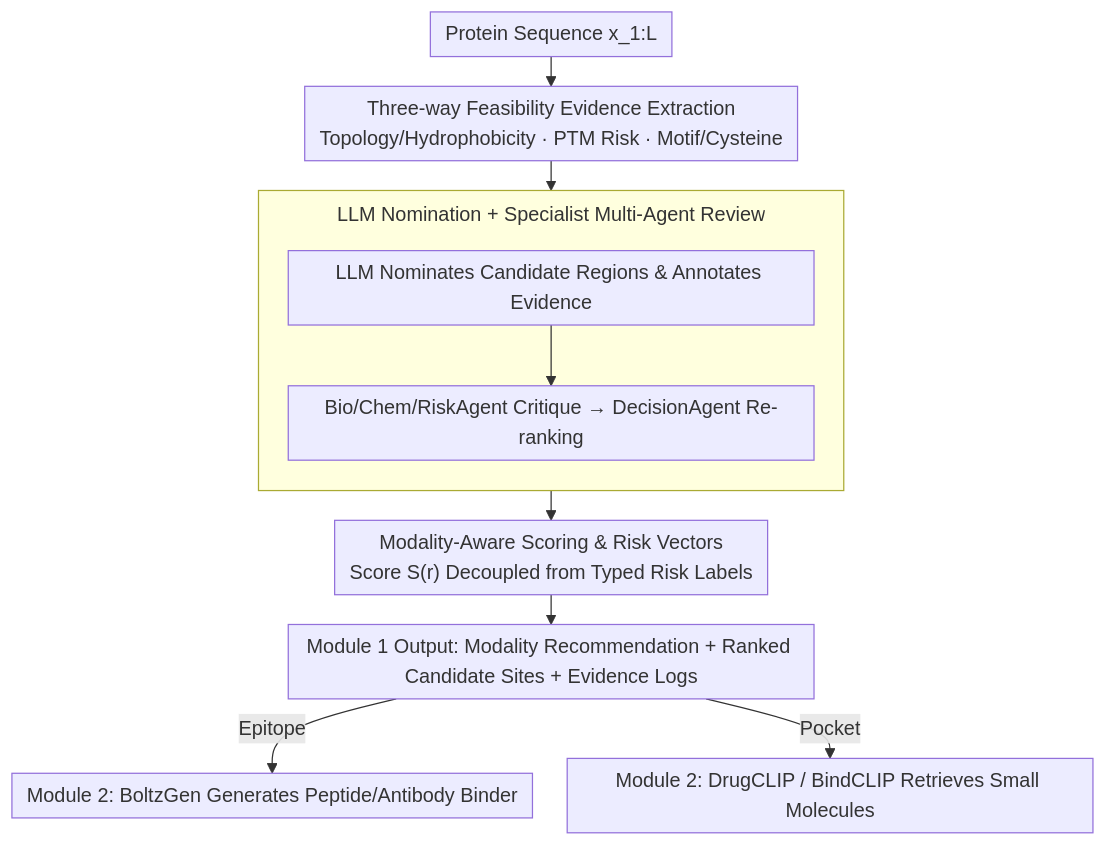
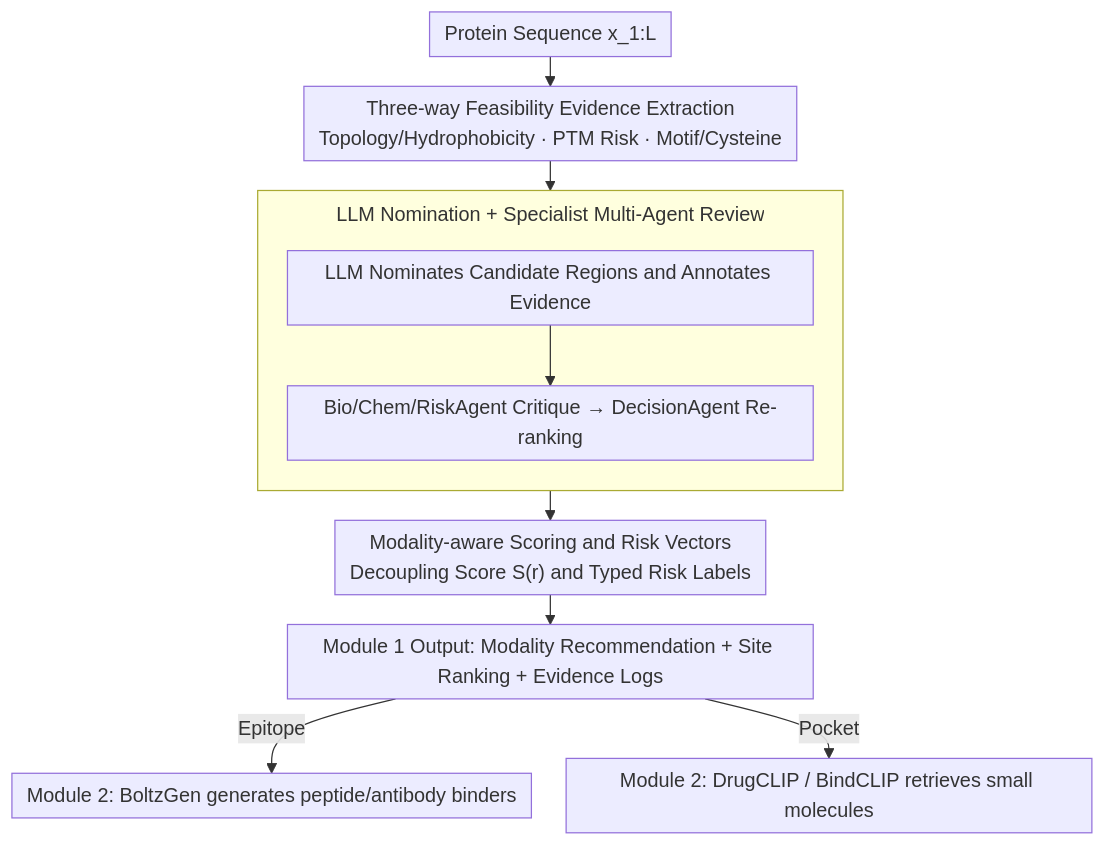
Before and after one commit to zhaoyang97/Paper-Notes-en: the diagram in docs/ICML2026/computational_biology/site4drug_predicting_drug-binding_target_sites_with_an_ai_agent.md, drawn with Mermaid. The commit also changed other lines of this file and 5084 other files, not shown here.

````diff
--- a/docs/ICML2026/computational_biology/site4drug_predicting_drug-binding_target_sites_with_an_ai_agent.md
+++ b/docs/ICML2026/computational_biology/site4drug_predicting_drug-binding_target_sites_with_an_ai_agent.md
@@ -43,14 +43,14 @@
 ```mermaid
 %%{init: {'flowchart': {'rankSpacing': 24, 'nodeSpacing': 28, 'padding': 6, 'wrappingWidth': 400, 'subGraphTitleMargin': {'top': 8, 'bottom': 16}}}}%%
 flowchart TD
     A["Protein Sequence x_1:L"] --> B["Three-way Feasibility Evidence Extraction<br/>Topology/Hydrophobicity · PTM Risk · Motif/Cysteine"]
     B --> S2
     subgraph S2["LLM Nomination + Specialist Multi-Agent Review"]
         direction TB
-        C["LLM Nominates Candidate Regions & Annotates Evidence"] --> D["Bio/Chem/RiskAgent Critique → DecisionAgent Re-ranking"]
+        C["LLM Nominates Candidate Regions and Annotates Evidence"] --> D["Bio/Chem/RiskAgent Critique → DecisionAgent Re-ranking"]
     end
-    S2 --> E["Modality-Aware Scoring & Risk Vectors<br/>Score S(r) Decoupled from Typed Risk Labels"]
-    E --> F["Module 1 Output: Modality Recommendation + Ranked Candidate Sites + Evidence Logs"]
-    F -->|Epitope| G["Module 2: BoltzGen Generates Peptide/Antibody Binder"]
-    F -->|Pocket| H["Module 2: DrugCLIP / BindCLIP Retrieves Small Molecules"]
+    S2 --> E["Modality-aware Scoring and Risk Vectors<br/>Decoupling Score S(r) and Typed Risk Labels"]
+    E --> F["Module 1 Output: Modality Recommendation + Site Ranking + Evidence Logs"]
+    F -->|Epitope| G["Module 2: BoltzGen generates peptide/antibody binders"]
+    F -->|Pocket| H["Module 2: DrugCLIP / BindCLIP retrieves small molecules"]
 ```
````
